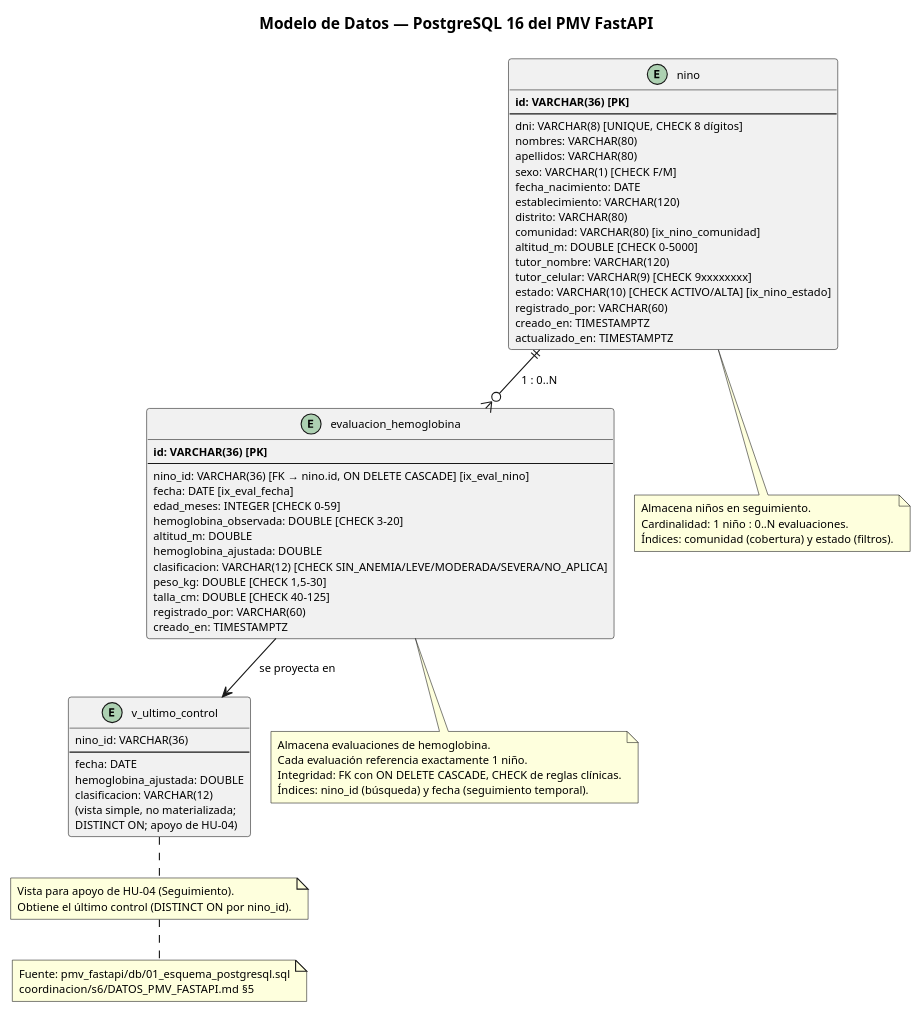
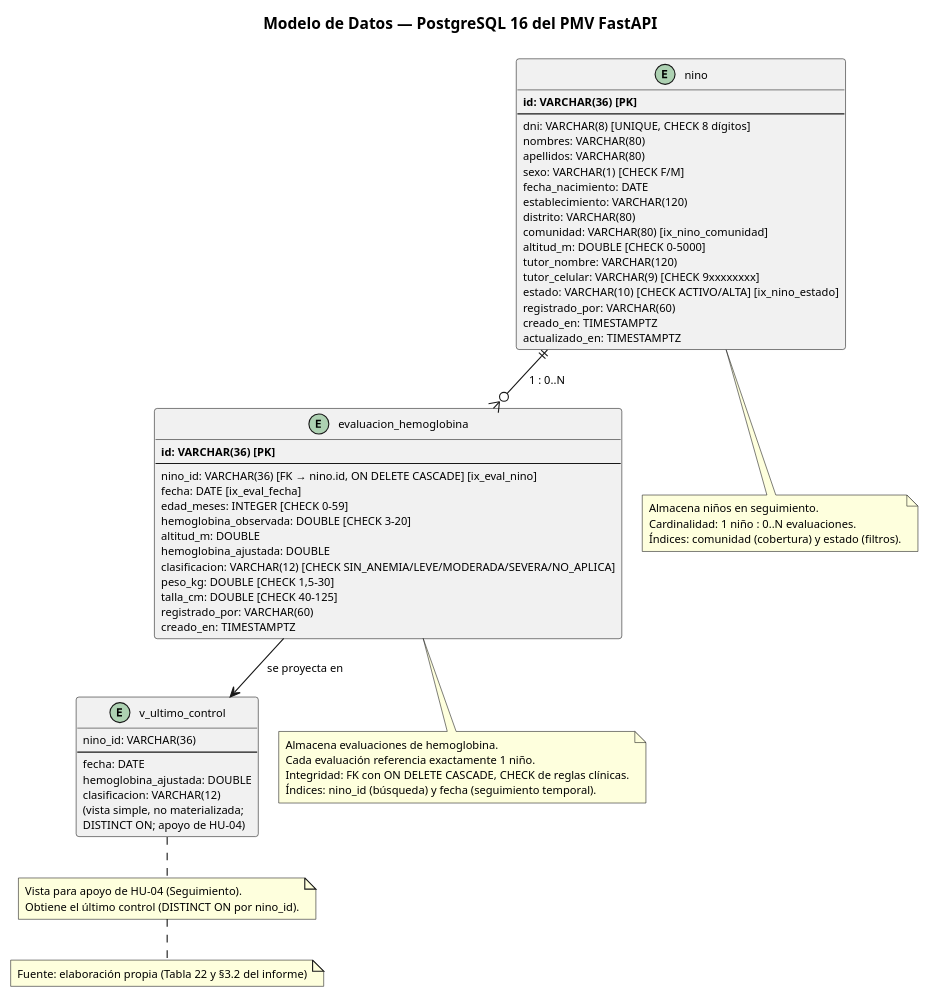
Before and after one commit to woshtsu/ProcesosSoftwareAnemia: the diagram in diagramas/src/55_s6_modelo_datos_postgresql.puml, drawn with PlantUML. The commit also changed 100 other files, not shown here.

```diff
--- a/diagramas/src/55_s6_modelo_datos_postgresql.puml
+++ b/diagramas/src/55_s6_modelo_datos_postgresql.puml
@@ -1,83 +1,82 @@
 @startuml 55_s6_modelo_datos_postgresql
 ' Fuente: pmv_fastapi/db/01_esquema_postgresql.sql
 ' Adaptada de pmv_fastapi/docs/diagramas/P3_modelo_datos.puml
 !pragma layout smetana
 skinparam backgroundColor #FFFFFF
 skinparam defaultFontName "Arial"
 skinparam defaultFontSize 10
 
 title Modelo de Datos — PostgreSQL 16 del PMV FastAPI
 
 entity "nino" as nino {
   **id: VARCHAR(36) [PK]**
   --
   dni: VARCHAR(8) [UNIQUE, CHECK 8 dígitos]
   nombres: VARCHAR(80)
   apellidos: VARCHAR(80)
   sexo: VARCHAR(1) [CHECK F/M]
   fecha_nacimiento: DATE
   establecimiento: VARCHAR(120)
   distrito: VARCHAR(80)
   comunidad: VARCHAR(80) [ix_nino_comunidad]
   altitud_m: DOUBLE [CHECK 0–5000]
   tutor_nombre: VARCHAR(120)
   tutor_celular: VARCHAR(9) [CHECK 9xxxxxxxx]
   estado: VARCHAR(10) [CHECK ACTIVO/ALTA] [ix_nino_estado]
   registrado_por: VARCHAR(60)
   creado_en: TIMESTAMPTZ
   actualizado_en: TIMESTAMPTZ
 }
 
 entity "evaluacion_hemoglobina" as eval {
   **id: VARCHAR(36) [PK]**
   --
   nino_id: VARCHAR(36) [FK → nino.id, ON DELETE CASCADE] [ix_eval_nino]
   fecha: DATE [ix_eval_fecha]
   edad_meses: INTEGER [CHECK 0–59]
   hemoglobina_observada: DOUBLE [CHECK 3–20]
   altitud_m: DOUBLE
   hemoglobina_ajustada: DOUBLE
   clasificacion: VARCHAR(12) [CHECK SIN_ANEMIA/LEVE/MODERADA/SEVERA/NO_APLICA]
   peso_kg: DOUBLE [CHECK 1,5–30]
   talla_cm: DOUBLE [CHECK 40–125]
   registrado_por: VARCHAR(60)
   creado_en: TIMESTAMPTZ
 }
 
 entity "v_ultimo_control" as vUltimo {
   nino_id: VARCHAR(36)
   --
   fecha: DATE
   hemoglobina_ajustada: DOUBLE
   clasificacion: VARCHAR(12)
   (vista simple, no materializada;
 DISTINCT ON; apoyo de HU-04)
 }
 
 nino ||--o{ eval : "1 : 0..N"
 eval --> vUltimo : "se proyecta en"
 
 note bottom of nino
   Almacena niños en seguimiento.
   Cardinalidad: 1 niño : 0..N evaluaciones.
   Índices: comunidad (cobertura) y estado (filtros).
 end note
 
 note bottom of eval
   Almacena evaluaciones de hemoglobina.
   Cada evaluación referencia exactamente 1 niño.
   Integridad: FK con ON DELETE CASCADE, CHECK de reglas clínicas.
   Índices: nino_id (búsqueda) y fecha (seguimiento temporal).
 end note
 
 note bottom of vUltimo
   Vista para apoyo de HU-04 (Seguimiento).
   Obtiene el último control (DISTINCT ON por nino_id).
 end note
 
 note bottom
-  Fuente: pmv_fastapi/db/01_esquema_postgresql.sql
-  coordinacion/s6/DATOS_PMV_FASTAPI.md §5
+  Fuente: elaboración propia (Tabla 22 y §3.2 del informe)
 end note
 
 @enduml
```
